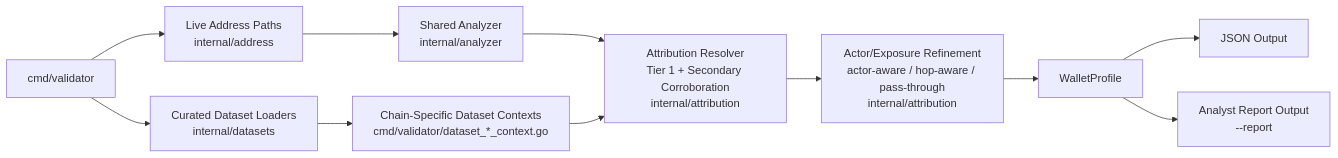
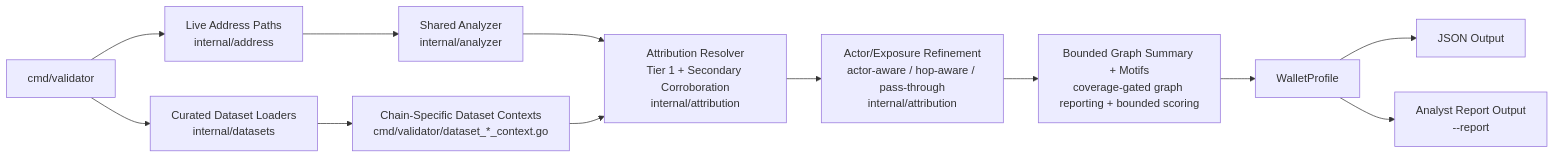
The first of 2 diagrams in ARCHITECTURE.md (piyushdaiya/crypto-profiler), drawn with Mermaid before and after one commit. The commit also changed other lines of this file and 6 other files, not shown here.

Commit message:
feat: add bounded graph motifs and graph-aware scoring

````diff
--- a/ARCHITECTURE.md
+++ b/ARCHITECTURE.md
@@ -132,13 +139,14 @@
 ```mermaid
 flowchart LR
     A["cmd/validator"] --> B["Live Address Paths<br/>internal/address"]
     A --> C["Curated Dataset Loaders<br/>internal/datasets"]
     B --> D["Shared Analyzer<br/>internal/analyzer"]
     C --> E["Chain-Specific Dataset Contexts<br/>cmd/validator/dataset_*_context.go"]
     D --> F["Attribution Resolver<br/>Tier 1 + Secondary Corroboration<br/>internal/attribution"]
     E --> F
     F --> G["Actor/Exposure Refinement<br/>actor-aware / hop-aware / pass-through<br/>internal/attribution"]
-    G --> H["WalletProfile"]
-    H --> I["JSON Output"]
-    H --> J["Analyst Report Output<br/>--report"]
+    G --> H["Bounded Graph Summary + Motifs<br/>coverage-gated graph reporting + bounded scoring"]
+    H --> I["WalletProfile"]
+    I --> J["JSON Output"]
+    I --> K["Analyst Report Output<br/>--report"]
 ```
````
